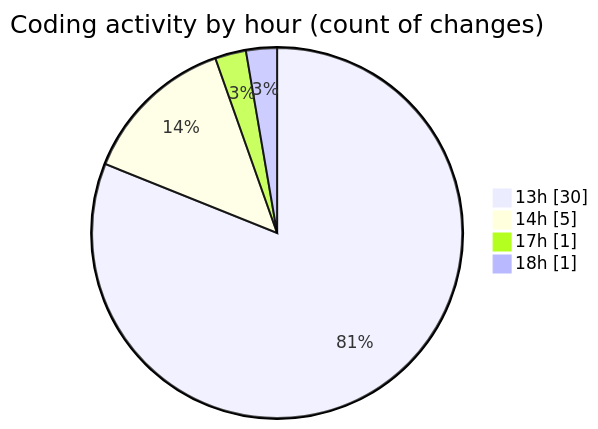
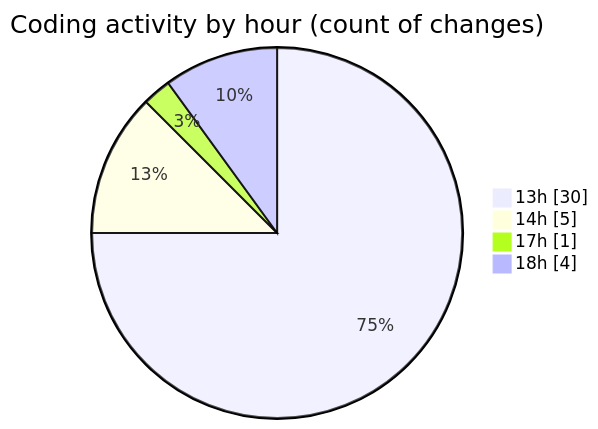
Before and after one commit to robertbonfada/code-tracking: the second of 2 diagrams in 2025-01-14/mbc-web/README.md, drawn with Mermaid. The commit also changed other lines of this file and 1 other file, not shown here.

````diff
--- a/2025-01-14/mbc-web/README.md
+++ b/2025-01-14/mbc-web/README.md
@@ -46,8 +47,8 @@
 ```mermaid
 pie showData
 title Coding activity by hour (count of changes)
 "13h" : 30
 "14h" : 5
 "17h" : 1
-"18h" : 1
+"18h" : 4
 ```
````
